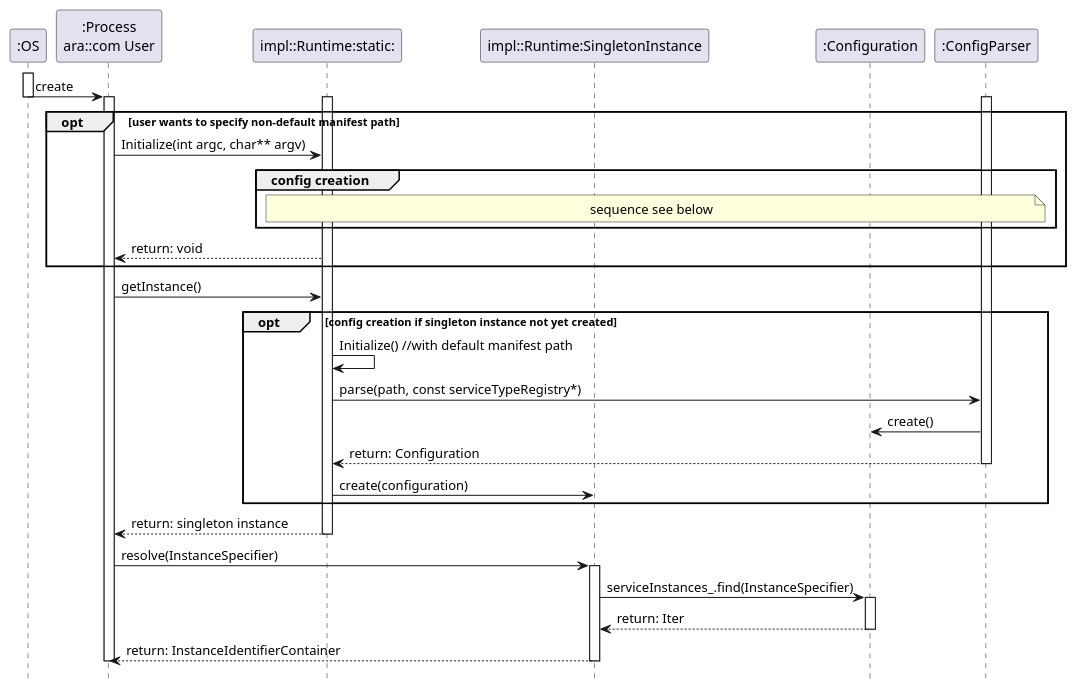
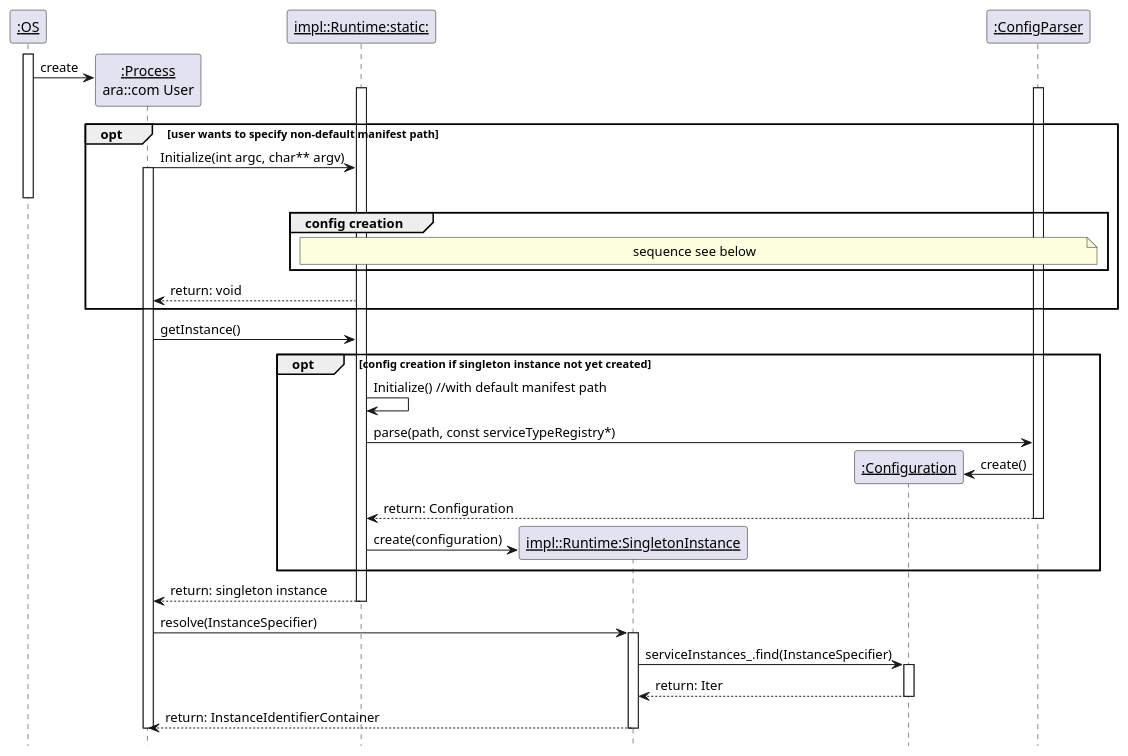
Before and after one commit to eclipse-score/communication: the diagram in score/mw/com/design/configuration/sequence_startup_view.puml, drawn with PlantUML. The commit also changed 1 other file, not shown here.

```diff
--- a/score/mw/com/design/configuration/sequence_startup_view.puml
+++ b/score/mw/com/design/configuration/sequence_startup_view.puml
@@ -1,59 +1,61 @@
 @startuml
 '!include ../puml-theme-score.puml
 
 hide footbox
 
-participant ":OS" as OS
-participant ":Process\nara::com User" as Process
-participant "impl::Runtime:static:" as Runtime
-participant "impl::Runtime:SingletonInstance" as RuntimeInstance
-participant ":Configuration" as Configuration
-participant ":ConfigParser" as ConfigParser
+participant "<u>:OS" as OS
+participant "<u>:Process</u>\nara::com User" as Process
+participant "<u>impl::Runtime:static:</u>" as Runtime
+participant "<u>impl::Runtime:SingletonInstance</u>" as RuntimeInstance
+participant "<u>:Configuration</u>" as Configuration
+participant "<u>:ConfigParser</u>" as ConfigParser
 
 activate OS
+create Process
 OS -> Process : create
-deactivate OS
 
-activate Process
 activate Runtime
 activate ConfigParser
 
 opt user wants to specify non-default manifest path
     Process -> Runtime : Initialize(int argc, char** argv)
-    
+    activate Process
+    deactivate OS
+
     group config creation
         note over Runtime, ConfigParser: sequence see below
     end group
     
     Runtime --> Process : return: void
 end opt
 
 Process -> Runtime : getInstance()
 
 opt config creation if singleton instance not yet created
     Runtime -> Runtime : Initialize() //with default manifest path
     Runtime -> ConfigParser : parse(path, const serviceTypeRegistry*)
+    create Configuration
     ConfigParser -> Configuration : create()
 
-    
     ConfigParser --> Runtime : return: Configuration
     deactivate ConfigParser
-    
+
+    create RuntimeInstance
     Runtime -> RuntimeInstance : create(configuration)
 end opt
 
 Runtime --> Process : return: singleton instance
 deactivate Runtime
 
 Process -> RuntimeInstance : resolve(InstanceSpecifier)
 activate RuntimeInstance
 RuntimeInstance -> Configuration : serviceInstances_.find(InstanceSpecifier)
 activate Configuration
 Configuration --> RuntimeInstance : return: Iter
 deactivate Configuration
 
 RuntimeInstance --> Process : return: InstanceIdentifierContainer
 deactivate RuntimeInstance
 deactivate Process
 
 @enduml
```
